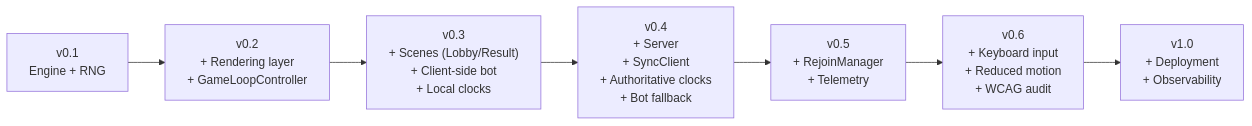
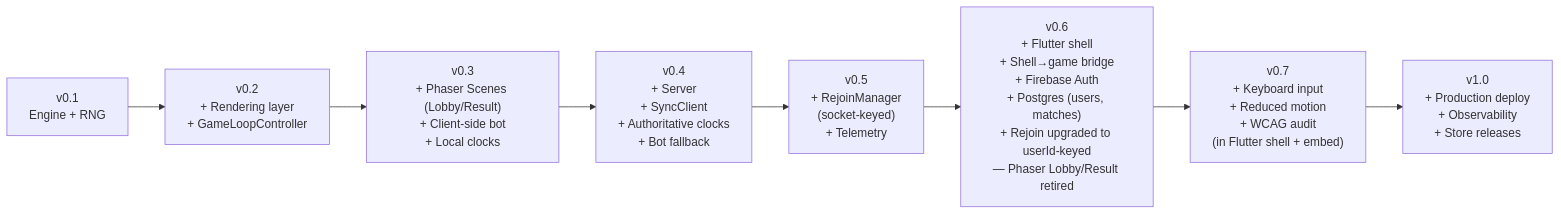
One commit to BuiHoangTu/match3-competitive-fe changed the eighth of 9 diagrams in specification/system-design.md. Above: the diagram before and after it, drawn with Mermaid. The commit also changed other lines of this file and 3 other files, not shown here.

First line of the commit message:
docs(spec): pivot to Flutter universal shell + mandatory auth

````diff
--- a/specification/system-design.md
+++ b/specification/system-design.md
@@ -225,11 +328,12 @@
 ```mermaid
 flowchart LR
     v01["v0.1<br/>Engine + RNG"]
     v02["v0.2<br/>+ Rendering layer<br/>+ GameLoopController"]
-    v03["v0.3<br/>+ Scenes (Lobby/Result)<br/>+ Client-side bot<br/>+ Local clocks"]
+    v03["v0.3<br/>+ Phaser Scenes (Lobby/Result)<br/>+ Client-side bot<br/>+ Local clocks"]
     v04["v0.4<br/>+ Server<br/>+ SyncClient<br/>+ Authoritative clocks<br/>+ Bot fallback"]
-    v05["v0.5<br/>+ RejoinManager<br/>+ Telemetry"]
-    v06["v0.6<br/>+ Keyboard input<br/>+ Reduced motion<br/>+ WCAG audit"]
-    v10["v1.0<br/>+ Deployment<br/>+ Observability"]
-    v01 --> v02 --> v03 --> v04 --> v05 --> v06 --> v10
+    v05["v0.5<br/>+ RejoinManager<br/>(socket-keyed)<br/>+ Telemetry"]
+    v06["v0.6<br/>+ Flutter shell<br/>+ Shell→game bridge<br/>+ Firebase Auth<br/>+ Postgres (users, matches)<br/>+ Rejoin upgraded to userId-keyed<br/>— Phaser Lobby/Result retired"]
+    v07["v0.7<br/>+ Keyboard input<br/>+ Reduced motion<br/>+ WCAG audit<br/>(in Flutter shell + embed)"]
+    v10["v1.0<br/>+ Production deploy<br/>+ Observability<br/>+ Store releases"]
+    v01 --> v02 --> v03 --> v04 --> v05 --> v06 --> v07 --> v10
 ```
````
